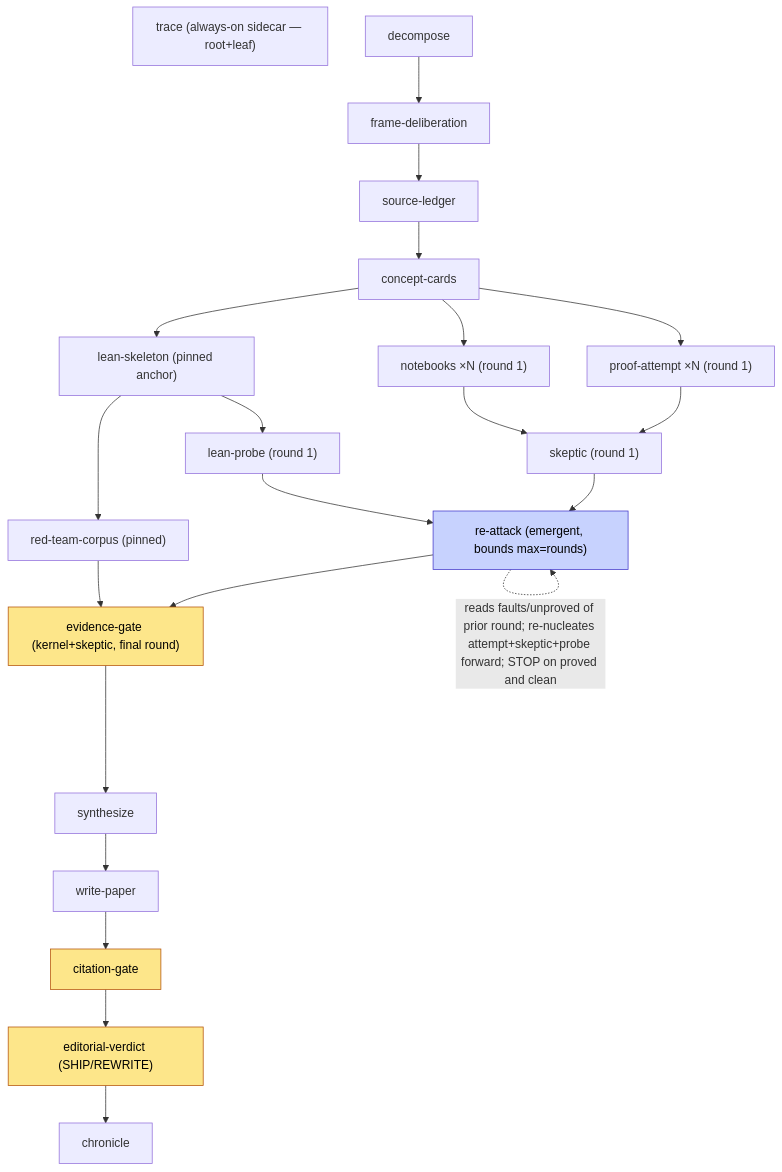
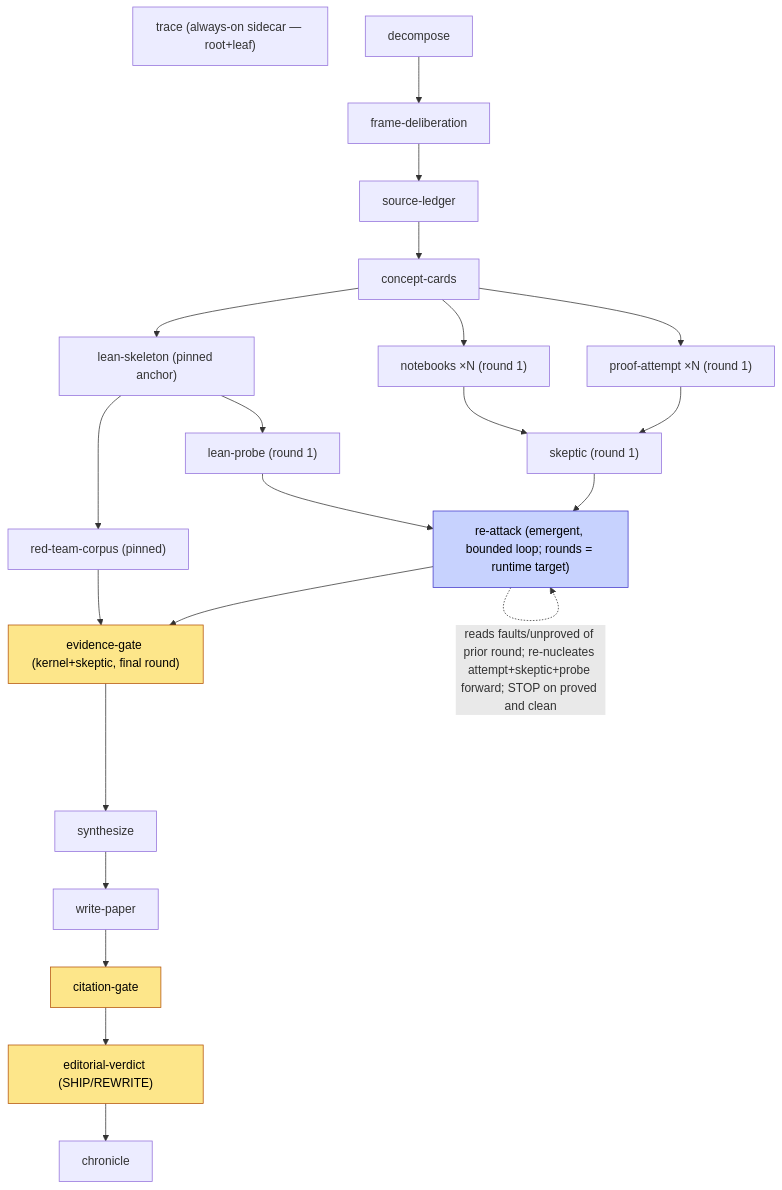
One commit to noogram/sporarium changed the diagram in docs/design/v4-emergent-loop-reuse.md. Above: the diagram before and after it, drawn with Mermaid. The commit also changed other lines of this file, not shown here.

First line of the commit message:
verify(math-attack v4): faithful [bounds] mapping + reference tidy

````diff
--- a/docs/design/v4-emergent-loop-reuse.md
+++ b/docs/design/v4-emergent-loop-reuse.md
@@ -217,32 +222,32 @@
 ```mermaid
 flowchart TD
     trace["trace (always-on sidecar — root+leaf)"]
     decompose --> frame["frame-deliberation"]
     frame --> ledger["source-ledger"]
     ledger --> cards["concept-cards"]
     cards --> skel["lean-skeleton (pinned anchor)"]
     skel --> corpus["red-team-corpus (pinned)"]
 
     cards --> pa1["proof-attempt ×N (round 1)"]
     cards --> nb1["notebooks ×N (round 1)"]
     pa1 --> sk1["skeptic (round 1)"]
     nb1 --> sk1
     skel --> lp1["lean-probe (round 1)"]
 
-    sk1 --> react["re-attack (emergent, bounds max=rounds)"]
+    sk1 --> react["re-attack (emergent, bounded loop; rounds = runtime target)"]
     lp1 --> react
     react -.->|"reads faults/unproved of prior round; re-nucleates attempt+skeptic+probe forward; STOP on proved and clean"| react
 
     react --> ev["evidence-gate (kernel+skeptic, final round)"]
     corpus --> ev
     ev --> synth["synthesize"]
     synth --> paper["write-paper"]
     paper --> cit["citation-gate"]
     cit --> edit["editorial-verdict (SHIP/REWRITE)"]
     edit --> chron["chronicle"]
 
     classDef gate fill:#fde68a,stroke:#b45309,color:#000;
     class ev,cit,edit gate
     classDef loop fill:#c7d2fe,stroke:#4338ca,color:#000;
     class react loop
 ```
````
